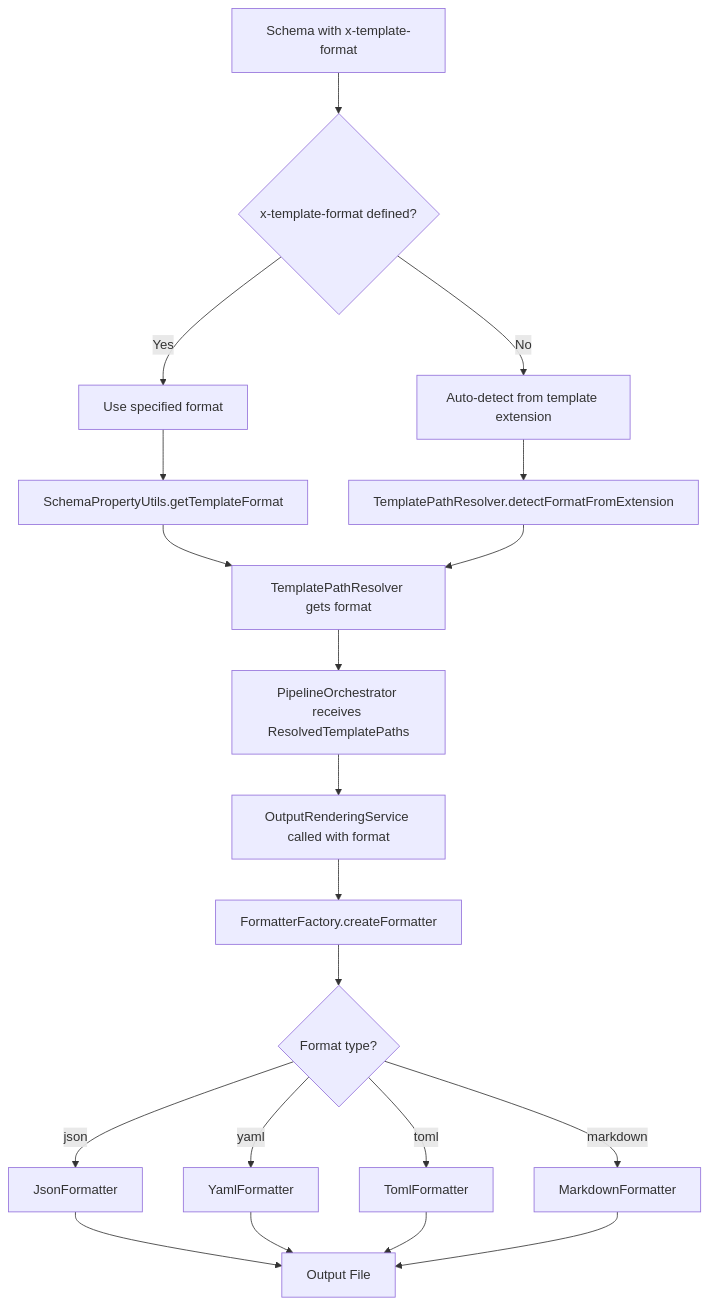
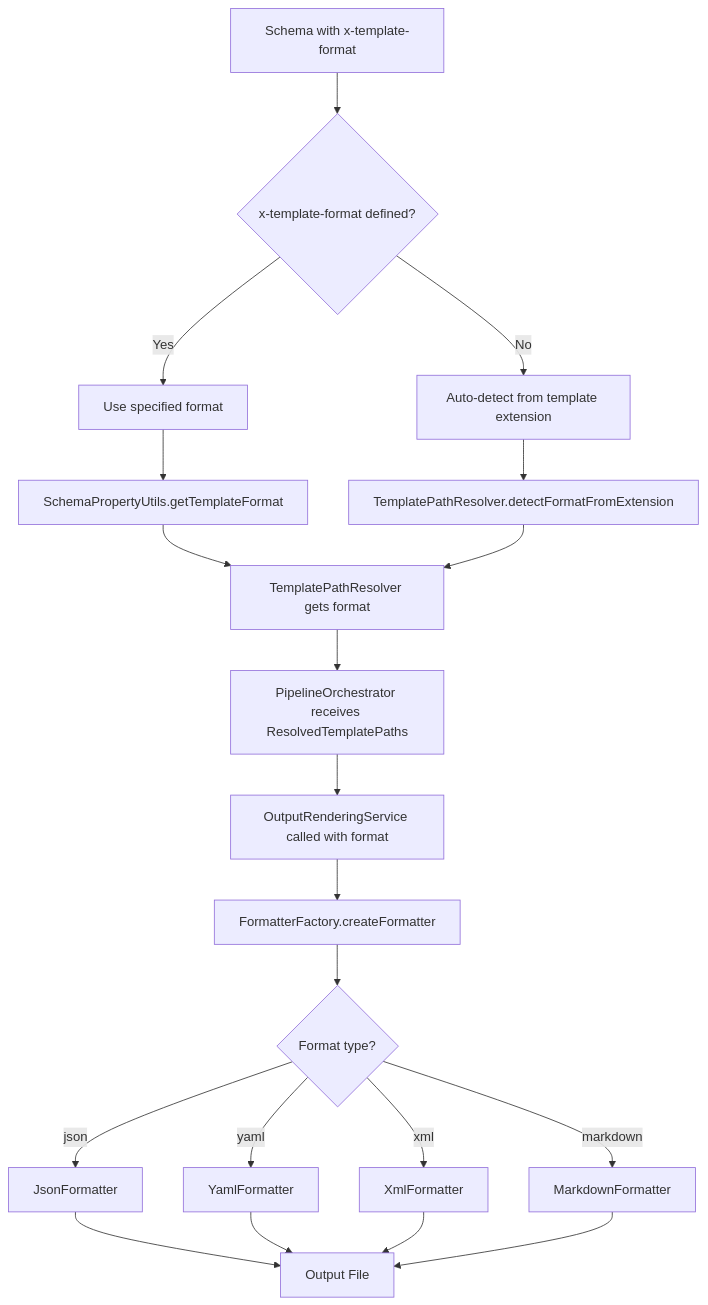
One commit to tettuan/frontmatter-to-schema changed the diagram in docs/implementation/template-format-examples.md. Above: the diagram before and after it, drawn with Mermaid. The commit also changed other lines of this file and 78 other files, not shown here.

````diff
--- a/docs/implementation/template-format-examples.md
+++ b/docs/implementation/template-format-examples.md
@@ -158,27 +221,27 @@
 ```mermaid
 graph TD
     A[Schema with x-template-format] --> B{x-template-format defined?}
     B -->|Yes| C[Use specified format]
     B -->|No| D[Auto-detect from template extension]
 
     C --> E[SchemaPropertyUtils.getTemplateFormat]
     D --> F[TemplatePathResolver.detectFormatFromExtension]
 
     E --> G[TemplatePathResolver gets format]
     F --> G
 
     G --> H[PipelineOrchestrator receives ResolvedTemplatePaths]
     H --> I[OutputRenderingService called with format]
     I --> J[FormatterFactory.createFormatter]
 
     J --> K{Format type?}
     K -->|json| L[JsonFormatter]
     K -->|yaml| M[YamlFormatter]
-    K -->|toml| N[TomlFormatter]
+    K -->|xml| N[XmlFormatter]
     K -->|markdown| O[MarkdownFormatter]
 
     L --> P[Output File]
     M --> P
     N --> P
     O --> P
 ```
````
